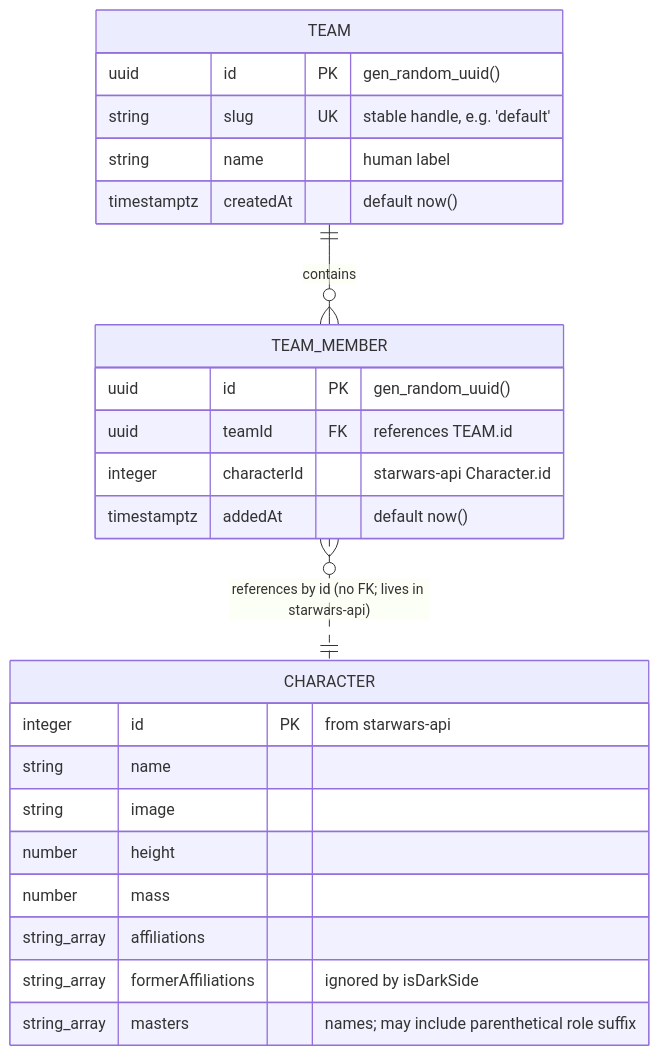
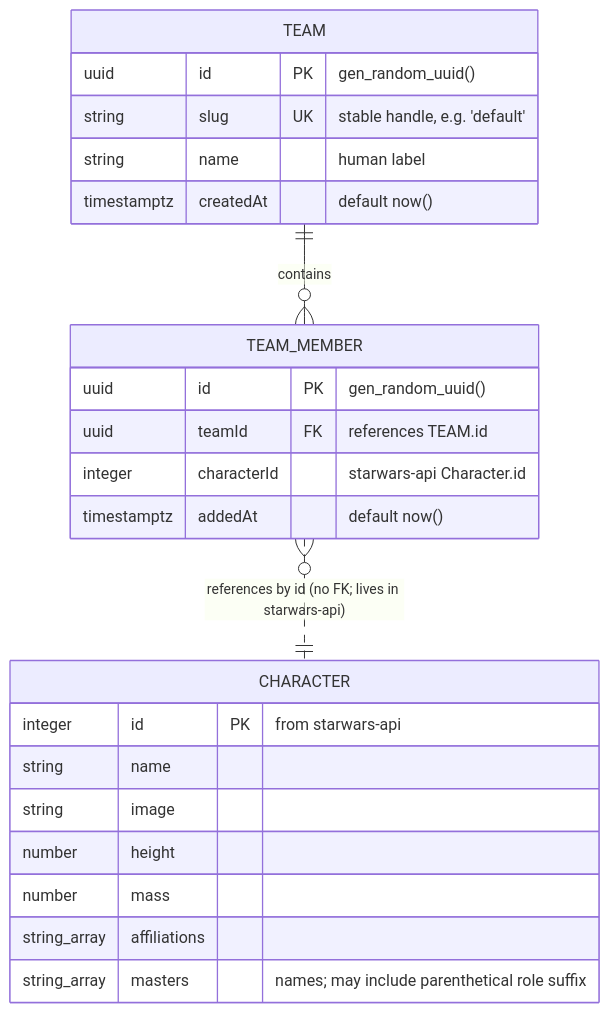
The diagram in plans/data-model.md (stijnvanhulle/starwars), drawn with Mermaid before and after one commit. The commit also changed other lines of this file and 4 other files, not shown here.

Commit message:
remove formerAffiliations as not in use

````diff
--- a/plans/data-model.md
+++ b/plans/data-model.md
@@ -5,27 +5,26 @@
 ```mermaid
 erDiagram
   TEAM {
     uuid id PK "gen_random_uuid()"
     string slug UK "stable handle, e.g. 'default'"
     string name "human label"
     timestamptz createdAt "default now()"
   }
   TEAM_MEMBER {
     uuid id PK "gen_random_uuid()"
     uuid teamId FK "references TEAM.id"
     integer characterId "starwars-api Character.id"
     timestamptz addedAt "default now()"
   }
   CHARACTER {
     integer id PK "from starwars-api"
     string name
     string image
     number height
     number mass
     string_array affiliations
-    string_array formerAffiliations "ignored by isDarkSide"
     string_array masters "names; may include parenthetical role suffix"
   }
   TEAM ||--o{ TEAM_MEMBER : "contains"
   TEAM_MEMBER }o..|| CHARACTER : "references by id (no FK; lives in starwars-api)"
 ```
````
